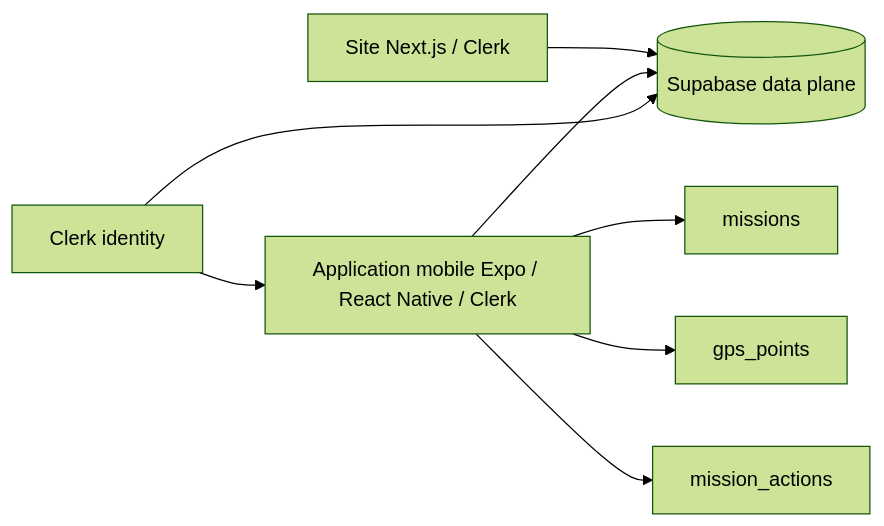
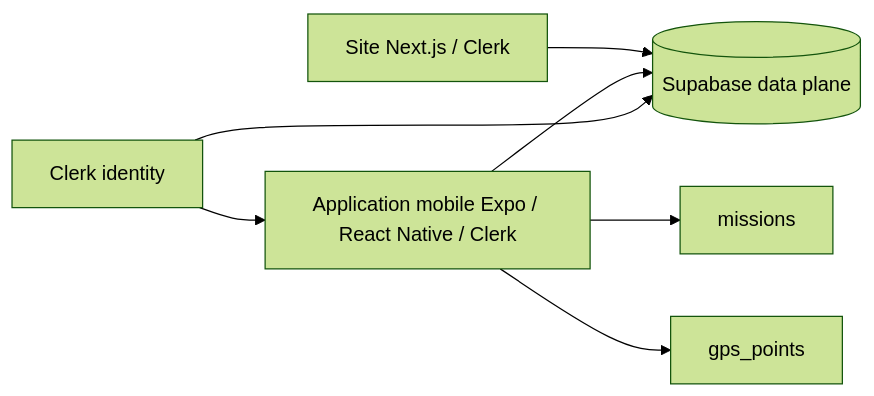
Before and after one commit to maxd4/CleanmyMap: the diagram in apps/mobile/README.md, drawn with Mermaid (forest theme). The commit also changed other lines of this file and 14 other files, not shown here.

Commit message:
Retire mission_actions du runtime mobile V1

````diff
--- a/apps/mobile/README.md
+++ b/apps/mobile/README.md
@@ -108,10 +110,9 @@
 ```mermaid
 flowchart LR
   WEB[Site Next.js / Clerk] --> SB[(Supabase data plane)]
   APP[Application mobile Expo / React Native / Clerk] --> SB
   CLERK[Clerk identity] --> APP
   CLERK --> SB
   APP --> MISSIONS[missions]
   APP --> GPS[gps_points]
-  APP --> ACTIONS[mission_actions]
 ```
````
